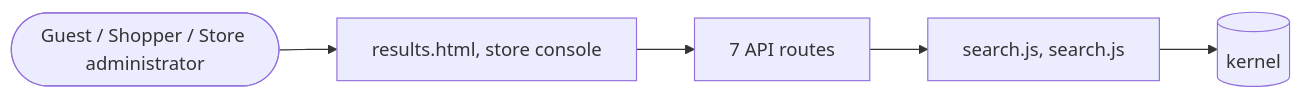
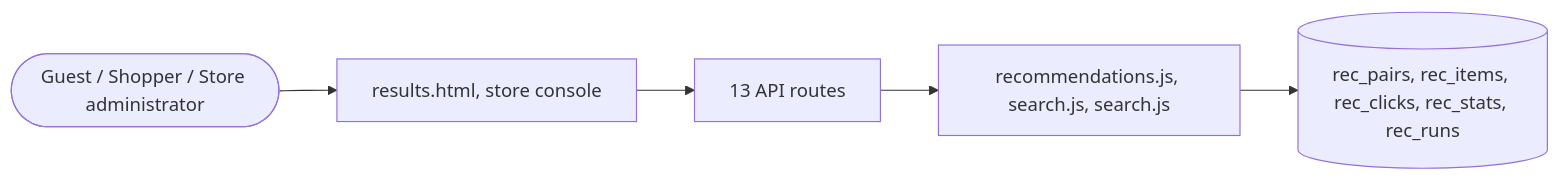
One commit to echelonxventures-Projects/universal-product changed the diagram in docs/domains/search.md. Above: the diagram before and after it, drawn with Mermaid. The commit also changed other lines of this file and 35 other files, not shown here.

First line of the commit message:
feat(search): recommendations learnt from browsing and purchases, per-shopper picks with reasons, shelf measurement

````diff
--- a/docs/domains/search.md
+++ b/docs/domains/search.md
@@ -46,8 +111,8 @@
 ```mermaid
 flowchart LR
   U([Guest / Shopper / Store administrator]) --> UI[results.html, store console]
-  UI --> API[7 API routes]
-  API --> ENG[search.js, search.js]
-  ENG --> DB[(kernel)]
+  UI --> API[13 API routes]
+  API --> ENG[recommendations.js, search.js, search.js]
+  ENG --> DB[(rec_pairs, rec_items, rec_clicks, rec_stats, rec_runs)]
 
 ```
````
